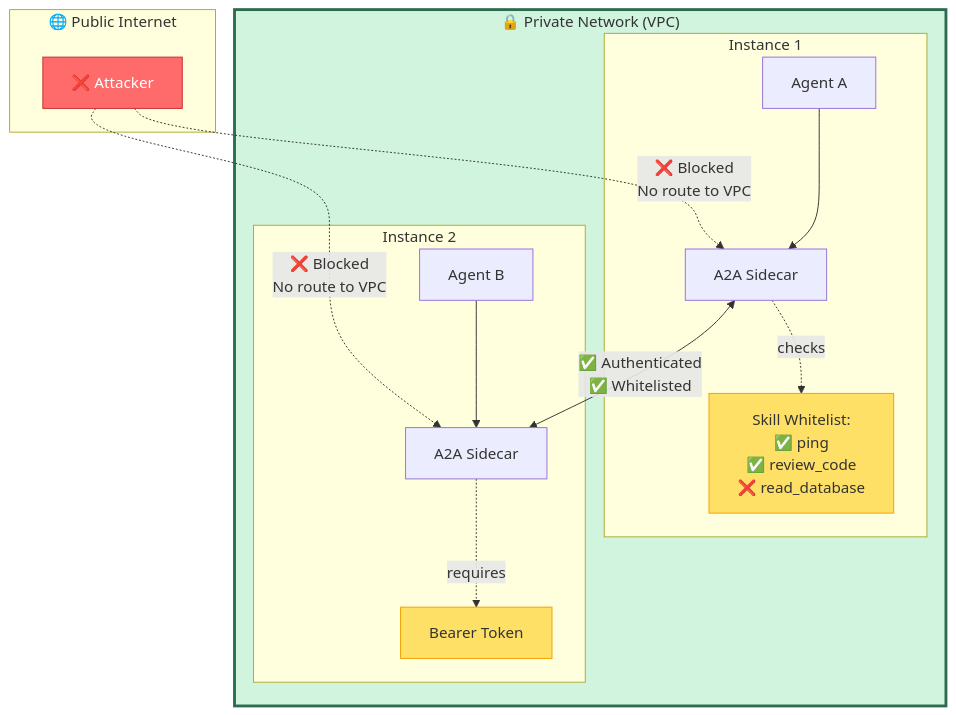
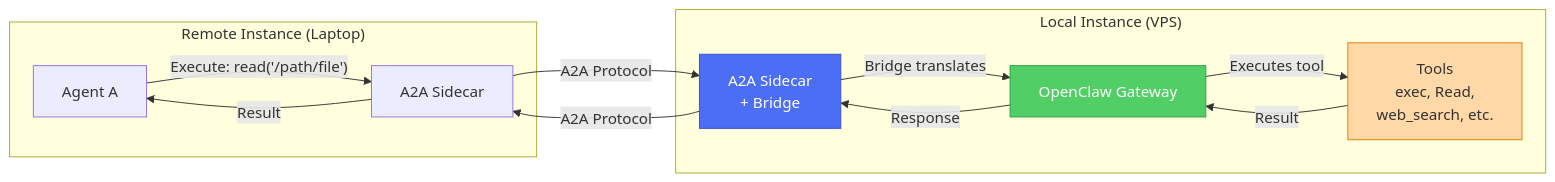
One commit to paprini/clawbridge changed the fifth of 11 diagrams in README.md. Above: the diagram before and after it, drawn with Mermaid. The commit also changed other lines of this file, not shown here.

First line of the commit message:
docs: Complete feature documentation with comprehensive diagrams

````diff
--- a/README.md
+++ b/README.md
@@ -190,36 +230,26 @@
 ```mermaid
-graph TB
-    subgraph Public["🌐 Public Internet"]
-        Attacker[❌ Attacker]
+graph LR
+    subgraph Remote["Remote Instance (Laptop)"]
+        RA[Agent A]
+        RA2A[A2A Sidecar]
     end
     
-    subgraph VPC["🔒 Private Network (VPC)"]
-        subgraph Instance1["Instance 1"]
-            Agent1[Agent A]
-            Sidecar1[A2A Sidecar]
-            Whitelist1[Skill Whitelist:<br/>✅ ping<br/>✅ review_code<br/>❌ read_database]
-            
-            Agent1 --> Sidecar1
-            Sidecar1 -.checks.-> Whitelist1
-        end
-        
-        subgraph Instance2["Instance 2"]
-            Agent2[Agent B]
-            Sidecar2[A2A Sidecar]
-            Token2[Bearer Token]
-            
-            Agent2 --> Sidecar2
-            Sidecar2 -.requires.-> Token2
-        end
-        
-        Sidecar1 <-->|✅ Authenticated<br/>✅ Whitelisted| Sidecar2
+    subgraph Local["Local Instance (VPS)"]
+        LA2A[A2A Sidecar<br/>+ Bridge]
+        LGW[OpenClaw Gateway]
+        Tools[Tools<br/>exec, Read,<br/>web_search, etc.]
     end
     
-    Attacker -.->|❌ Blocked<br/>No route to VPC| Sidecar1
-    Attacker -.->|❌ Blocked<br/>No route to VPC| Sidecar2
+    RA -->|"Execute: read('/path/file')"| RA2A
+    RA2A -->|A2A Protocol| LA2A
+    LA2A -->|Bridge translates| LGW
+    LGW -->|Executes tool| Tools
+    Tools -->|Result| LGW
+    LGW -->|Response| LA2A
+    LA2A -->|A2A Protocol| RA2A
+    RA2A -->|Result| RA
     
-    style Attacker fill:#ff6b6b,stroke:#c92a2a,color:#fff
-    style VPC fill:#d0f4de,stroke:#2d6a4f,stroke-width:3px
-    style Whitelist1 fill:#ffe066,stroke:#f59f00
-    style Token2 fill:#ffe066,stroke:#f59f00
+    style LA2A fill:#4c6ef5,stroke:#364fc7,color:#fff
+    style LGW fill:#51cf66,stroke:#2f9e44,color:#fff
+    style Tools fill:#ffd8a8,stroke:#e67700
 ```
````
